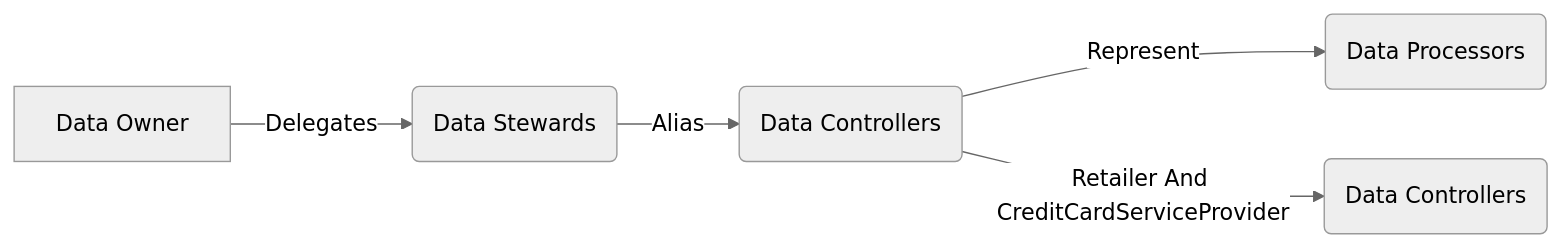
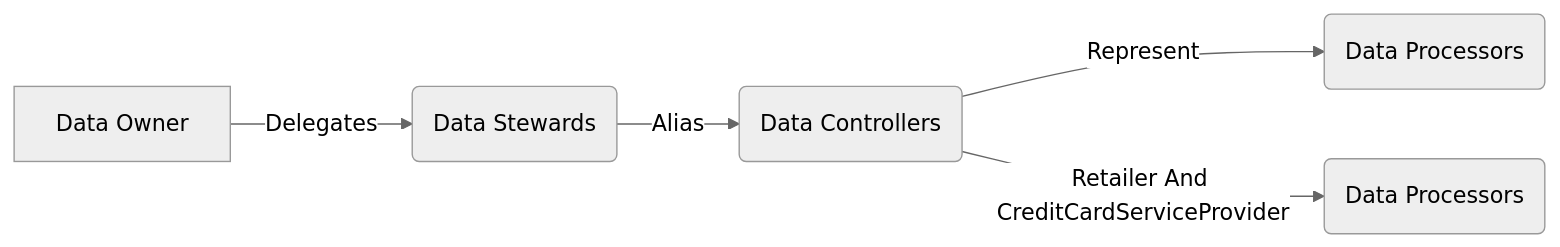
Before and after one commit to shyamsunderrai/DMC: the first of 2 diagrams in Governance/Governance.MD, drawn with Mermaid (neutral theme). The commit also changed other lines of this file, not shown here.

````diff
--- a/Governance/Governance.MD
+++ b/Governance/Governance.MD
@@ -11,7 +11,7 @@
 ```mermaid
 flowchart LR
 A[Data Owner] -->|Delegates| B(Data Stewards)
 B(Data Stewards) --> |Alias| C(Data Controllers)
 C(Data Controllers) --> |Represent| D(Data Processors)
-C(Data Controllers) --> |Retailer And CreditCardServiceProvider | E(Data Controllers)
+C(Data Controllers) --> |Retailer And CreditCardServiceProvider | E(Data Processors)
 ```
````
